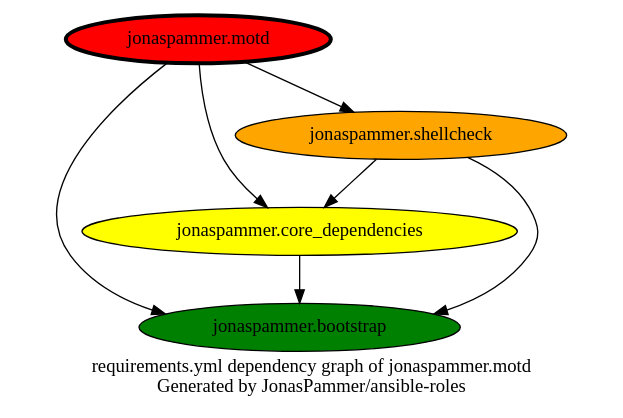
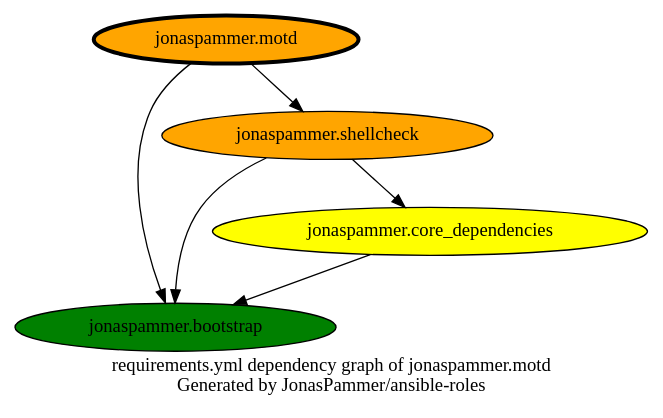
One commit to JonasPammer/ansible-roles changed the diagram in graphs/dependencies_motd.dot. Above: the diagram before and after it, drawn with Graphviz. The commit also changed 5 other files, not shown here.

```diff
--- a/graphs/dependencies_motd.dot
+++ b/graphs/dependencies_motd.dot
@@ -1,16 +1,16 @@
 digraph hierarchy {
   label = "requirements.yml dependency graph of jonaspammer.motd \n Generated by JonasPammer/ansible-roles" ;
   overlap=false
 
   {
-    "jonaspammer.motd" [fillcolor=red style=filled penwidth=3]
+    "jonaspammer.motd" [fillcolor=orange style=filled penwidth=3]
     "jonaspammer.bootstrap" [fillcolor=green style=filled ]
+    "jonaspammer.shellcheck" [fillcolor=orange style=filled ]
     "jonaspammer.core_dependencies" [fillcolor=yellow style=filled ]
-    "jonaspammer.shellcheck" [fillcolor=orange style=filled ]
   }
 
 
-  "jonaspammer.motd" -> {"jonaspammer.bootstrap" "jonaspammer.core_dependencies" "jonaspammer.shellcheck"}
+  "jonaspammer.motd" -> {"jonaspammer.bootstrap" "jonaspammer.shellcheck"}
+  "jonaspammer.shellcheck" -> {"jonaspammer.bootstrap" "jonaspammer.core_dependencies"}
   "jonaspammer.core_dependencies" -> {"jonaspammer.bootstrap"}
-  "jonaspammer.shellcheck" -> {"jonaspammer.bootstrap" "jonaspammer.core_dependencies"}
 }
```
